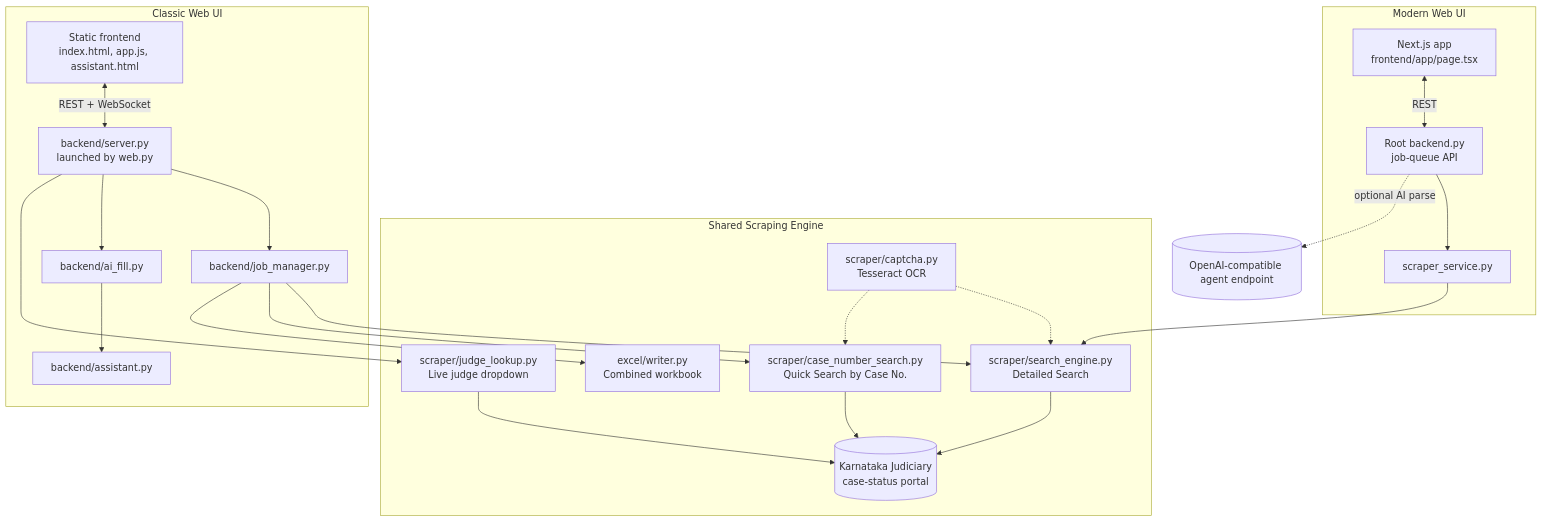
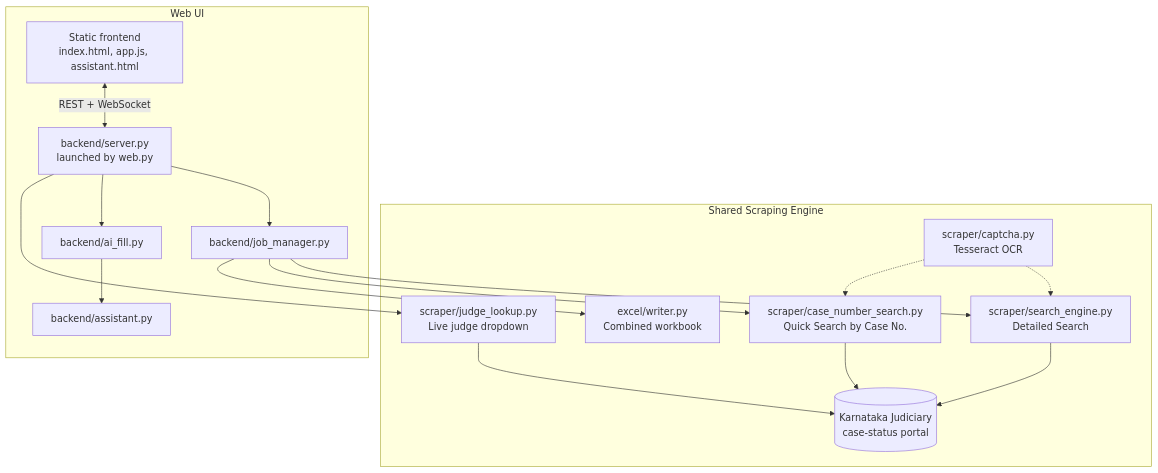
Before and after one commit to Rajlohith/iudicium: the diagram in README.md, drawn with Mermaid. The commit also changed other lines of this file and 39 other files, not shown here.

````diff
--- a/README.md
+++ b/README.md
@@ -97,43 +108,33 @@
 ```mermaid
 flowchart TD
 
     subgraph Engine["Shared Scraping Engine"]
         SE[scraper/search_engine.py<br/>Detailed Search]
         CN[scraper/case_number_search.py<br/>Quick Search by Case No.]
         JL[scraper/judge_lookup.py<br/>Live judge dropdown]
         CAP[scraper/captcha.py<br/>Tesseract OCR]
         EX[excel/writer.py<br/>Combined workbook]
         SITE[(Karnataka Judiciary<br/>case-status portal)]
     end
 
-    subgraph ClassicUI["Classic Web UI"]
-        FE1[Static frontend<br/>index.html, app.js, assistant.html]
-        BE1[backend/server.py<br/>launched by web.py]
+    subgraph WebUI["Web UI"]
+        FE[Static frontend<br/>index.html, app.js, assistant.html]
+        BE[backend/server.py<br/>launched by web.py]
         JM[backend/job_manager.py]
         AF[backend/ai_fill.py]
         AS[backend/assistant.py]
     end
 
-    subgraph ModernUI["Modern Web UI"]
-        FE2[Next.js app<br/>frontend/app/page.tsx]
-        BE2[Root backend.py<br/>job-queue API]
-        SS[scraper_service.py]
-    end
-
-    FE1 <--> |REST + WebSocket| BE1
-    BE1 --> JM --> SE
+    FE <--> |REST + WebSocket| BE
+    BE --> JM --> SE
     JM --> CN
-    BE1 --> AF --> AS
-    BE1 --> JL
+    BE --> AF --> AS
+    BE --> JL
     JM --> EX
-
-    FE2 <--> |REST| BE2
-    BE2 --> SS --> SE
-    BE2 -.optional AI parse.-> LLM2[(OpenAI-compatible agent endpoint)]
 
     SE --> SITE
     CN --> SITE
     JL --> SITE
     CAP -.-> SE
     CAP -.-> CN
 ```
````
